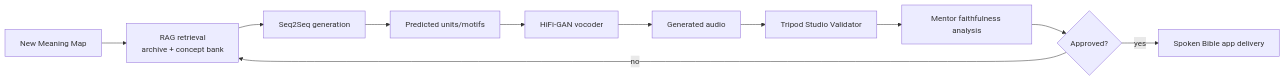
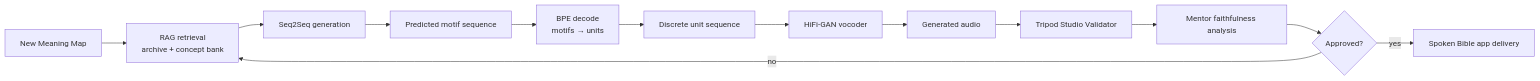
One commit to shemaobt/docs changed the ninth of 14 diagrams in site/docs/architecture/tripod-tech-overview.md. Above: the diagram before and after it, drawn with Mermaid. The commit also changed other lines of this file, not shown here.

First line of the commit message:
docs(architecture): add BPE decode step and clarify vocoder consumes acoustemes

````diff
--- a/site/docs/architecture/tripod-tech-overview.md
+++ b/site/docs/architecture/tripod-tech-overview.md
@@ -261,13 +261,15 @@
 ```mermaid
 flowchart LR
     A[New Meaning Map] --> B[RAG retrieval<br/>archive + concept bank]
     B --> C[Seq2Seq generation]
-    C --> D[Predicted units/motifs]
-    D --> E[HiFi-GAN vocoder]
-    E --> F[Generated audio]
-    F --> G[Tripod Studio Validator]
-    G --> H[Mentor faithfulness analysis]
-    H --> I{Approved?}
-    I -- no --> B
-    I -- yes --> J[Spoken Bible app delivery]
+    C --> D[Predicted motif sequence]
+    D --> D2[BPE decode<br/>motifs → units]
+    D2 --> E[Discrete unit sequence]
+    E --> F[HiFi-GAN vocoder]
+    F --> G[Generated audio]
+    G --> H[Tripod Studio Validator]
+    H --> I[Mentor faithfulness analysis]
+    I --> J{Approved?}
+    J -- no --> B
+    J -- yes --> K[Spoken Bible app delivery]
 ```
````
